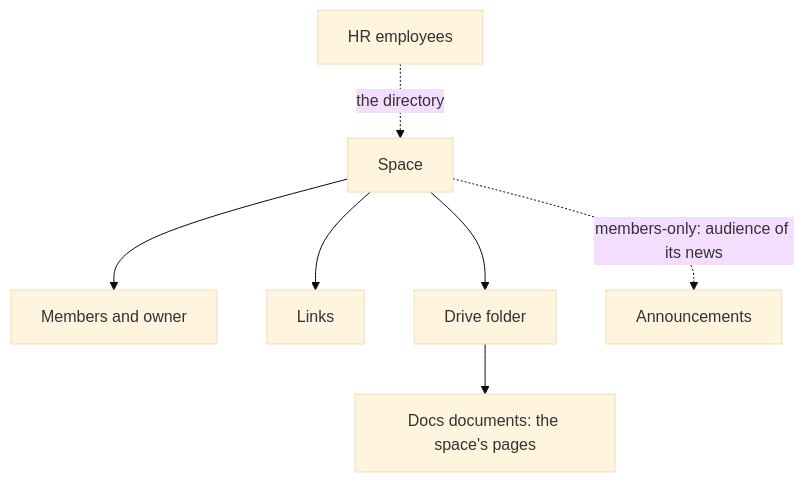
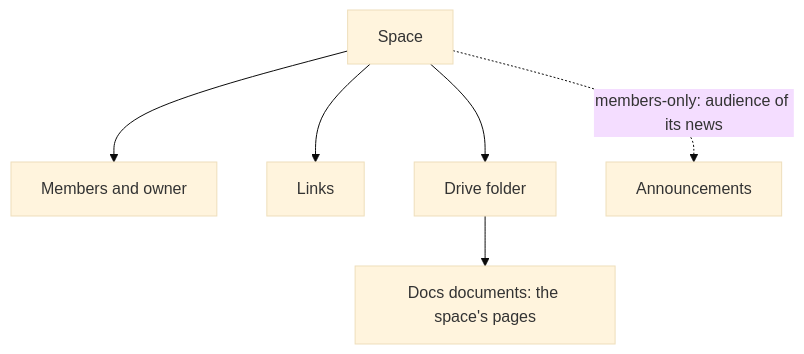
Before and after one commit to CBFerrum/ferrum-app-intranet: the second of 2 diagrams in README.md, drawn with Mermaid (base theme). The commit also changed other lines of this file and 1 other file, not shown here.

````diff
--- a/README.md
+++ b/README.md
@@ -152,9 +152,8 @@
 ```mermaid
 flowchart TD
     SP["Space"] --> MB["Members and owner"]
     SP --> LK["Links"]
     SP --> FD["Drive folder"]
     FD --> DOC["Docs documents: the space's pages"]
     SP -. "members-only: audience of its news" .-> AN["Announcements"]
-    HR["HR employees"] -. "the directory" .-> SP
 ```
````
